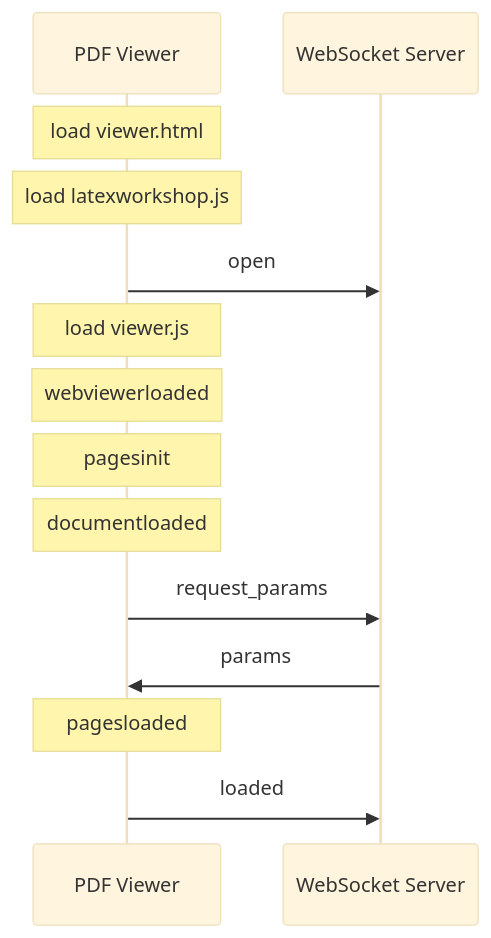
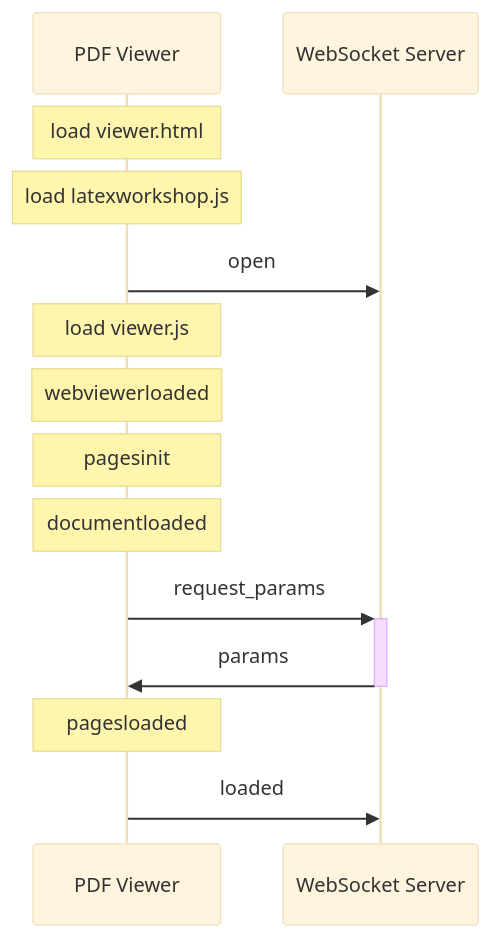
One commit to James-Yu/LaTeX-Workshop changed the first of 6 diagrams in viewer/README.md. Above: the diagram before and after it, drawn with Mermaid (base theme). The commit also changed other lines of this file, not shown here.

Commit message:
Edit diagrams [skip ci]

````diff
--- a/viewer/README.md
+++ b/viewer/README.md
@@ -76,16 +76,16 @@
 ```mermaid
 sequenceDiagram
   participant Viewer as PDF Viewer
   participant Server as WebSocket Server
   Note over Viewer: load viewer.html
   Note over Viewer: load latexworkshop.js
   Viewer->>Server: open
   Note over Viewer: load viewer.js
   Note over Viewer: webviewerloaded
   Note over Viewer: pagesinit
   Note over Viewer: documentloaded
-  Viewer->>Server: request_params
-  Server->>Viewer: params
+  Viewer->>+Server: request_params
+  Server->>-Viewer: params
   Note over Viewer: pagesloaded
   Viewer->>Server: loaded
 ```
````
